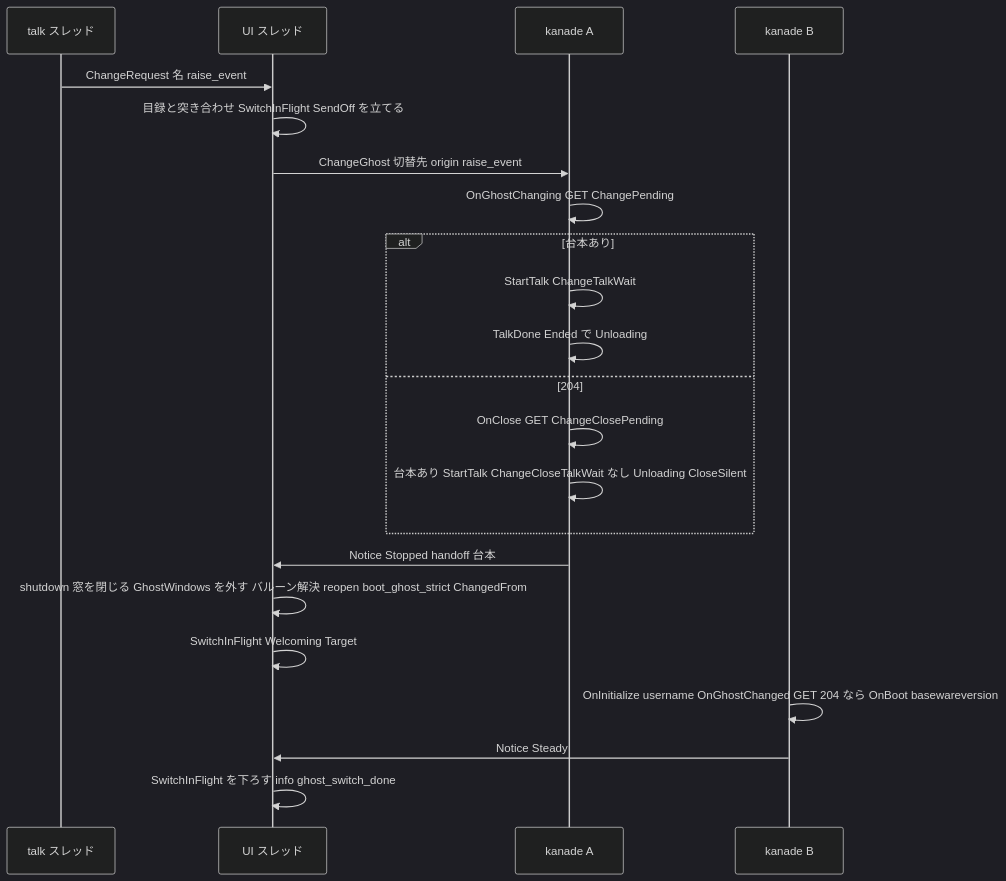
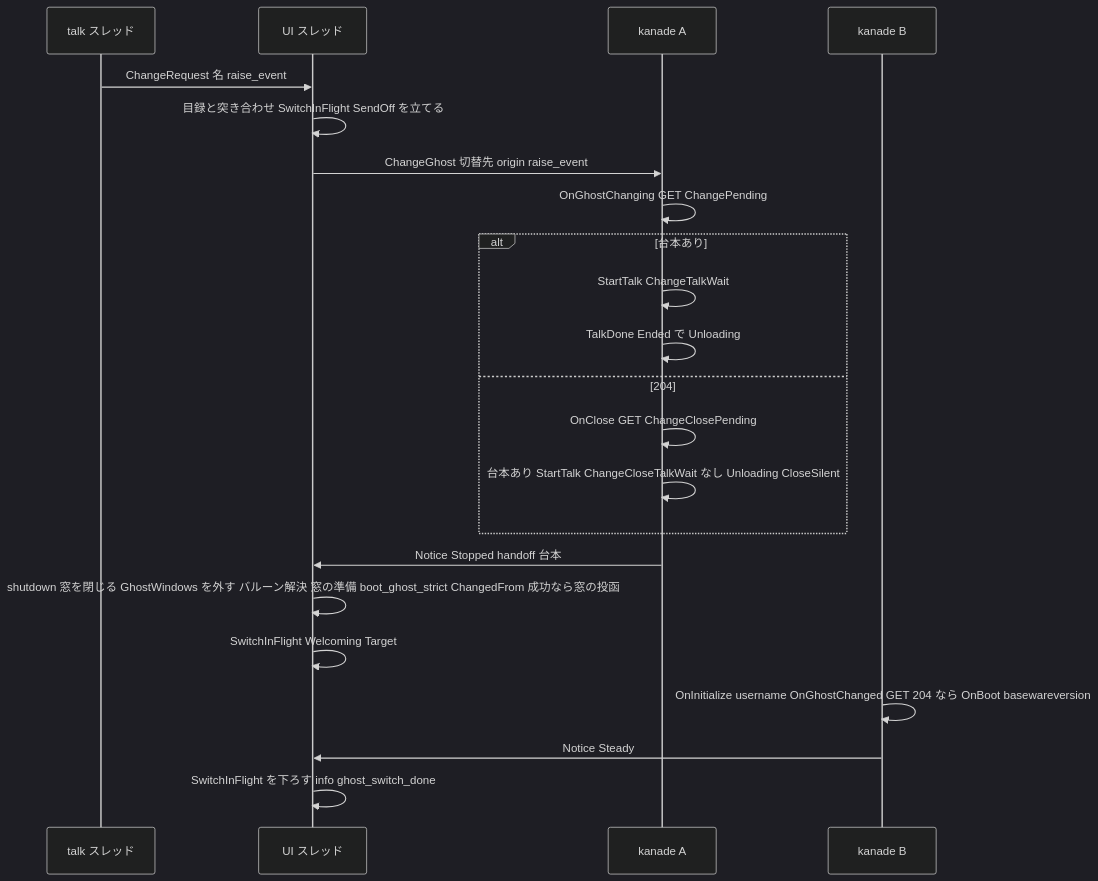
The second of 4 diagrams in .kiro/specs/areka-P0-ghost-shell-balloon-switch/design.md (ekicyou/areka), drawn with Mermaid (dark theme) before and after one commit. The commit also changed other lines of this file and 2 other files, not shown here.

First line of the commit message:
docs(areka-P0-ghost-shell-balloon-switch): fix obvious issues in design

````diff
--- a/.kiro/specs/areka-P0-ghost-shell-balloon-switch/design.md
+++ b/.kiro/specs/areka-P0-ghost-shell-balloon-switch/design.md
@@ -222,24 +223,24 @@
 ```mermaid
 sequenceDiagram
     participant Talk as talk スレッド
     participant UI as UI スレッド
     participant KA as kanade A
     participant KB as kanade B
     Talk->>UI: ChangeRequest 名 raise_event
     UI->>UI: 目録と突き合わせ SwitchInFlight SendOff を立てる
     UI->>KA: ChangeGhost 切替先 origin raise_event
     KA->>KA: OnGhostChanging GET ChangePending
     alt 台本あり
         KA->>KA: StartTalk ChangeTalkWait
         KA->>KA: TalkDone Ended で Unloading
     else 204
         KA->>KA: OnClose GET ChangeClosePending
         KA->>KA: 台本あり StartTalk ChangeCloseTalkWait なし Unloading CloseSilent
     end
     KA->>UI: Notice Stopped handoff 台本
-    UI->>UI: shutdown 窓を閉じる GhostWindows を外す バルーン解決 reopen boot_ghost_strict ChangedFrom
+    UI->>UI: shutdown 窓を閉じる GhostWindows を外す バルーン解決 窓の準備 boot_ghost_strict ChangedFrom 成功なら窓の投函
     UI->>UI: SwitchInFlight Welcoming Target
     KB->>KB: OnInitialize username OnGhostChanged GET 204 なら OnBoot basewareversion
     KB->>UI: Notice Steady
     UI->>UI: SwitchInFlight を下ろす info ghost_switch_done
 ```
````
